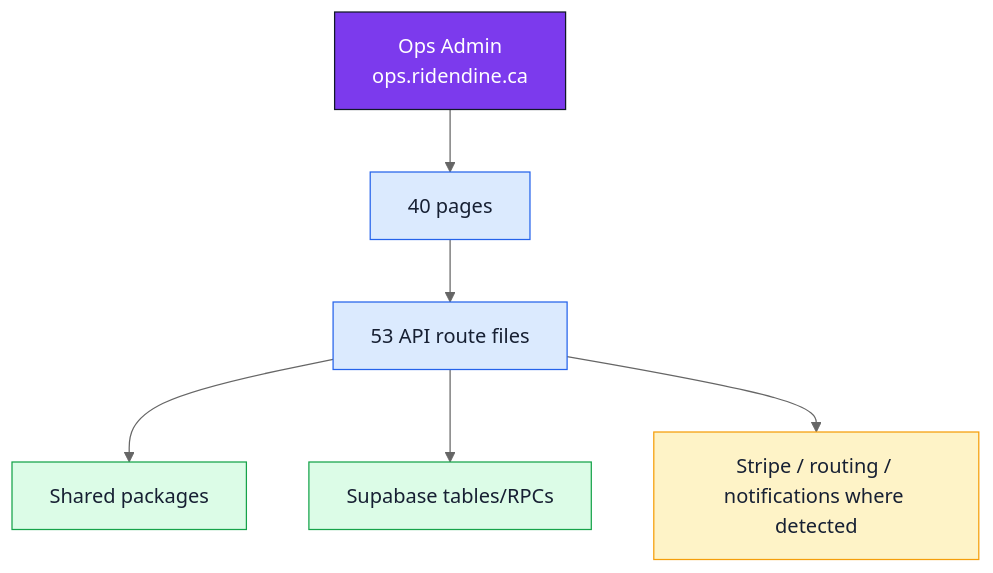
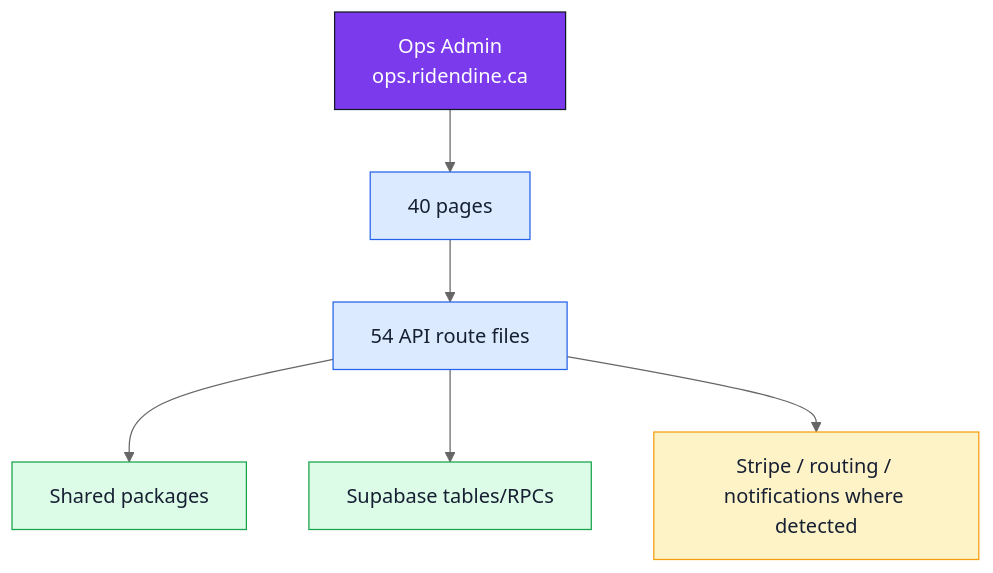
One commit to Ritenoob/ridendine-marketplace changed the diagram in docs/architecture/codebase-map/apps/ops-admin.md. Above: the diagram before and after it, drawn with Mermaid (neutral theme). The commit also changed other lines of this file and 63 other files, not shown here.

````diff
--- a/docs/architecture/codebase-map/apps/ops-admin.md
+++ b/docs/architecture/codebase-map/apps/ops-admin.md
@@ -20,18 +20,18 @@
 ```mermaid
 flowchart TB
   classDef app fill:#7c3aed,stroke:#111827,color:#ffffff
   classDef api fill:#dbeafe,stroke:#2563eb,color:#172033
   classDef data fill:#dcfce7,stroke:#16a34a,color:#172033
   classDef warn fill:#fef3c7,stroke:#f59e0b,color:#172033
   App["Ops Admin<br/>ops.ridendine.ca"]:::app
   Pages["40 pages"]:::api
-  APIs["53 API route files"]:::api
+  APIs["54 API route files"]:::api
   Shared["Shared packages"]:::data
   DB["Supabase tables/RPCs"]:::data
   External["Stripe / routing / notifications where detected"]:::warn
   App --> Pages
   Pages --> APIs
   APIs --> Shared
   APIs --> DB
   APIs --> External
 ```
````
